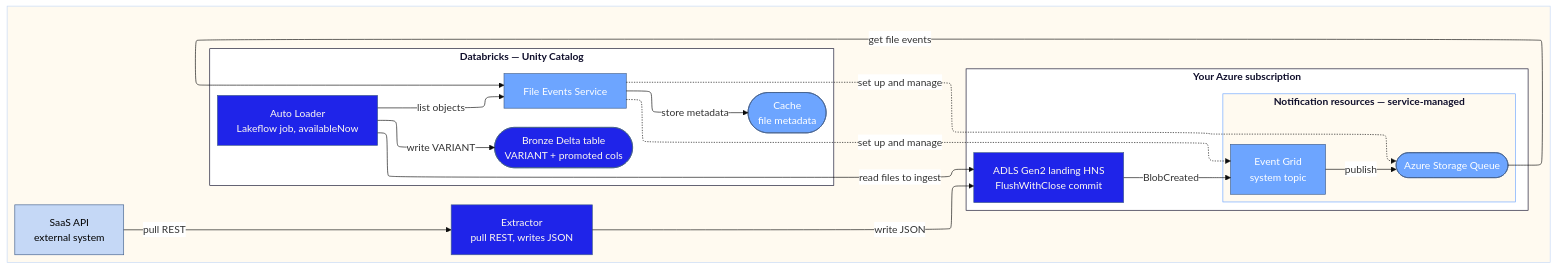
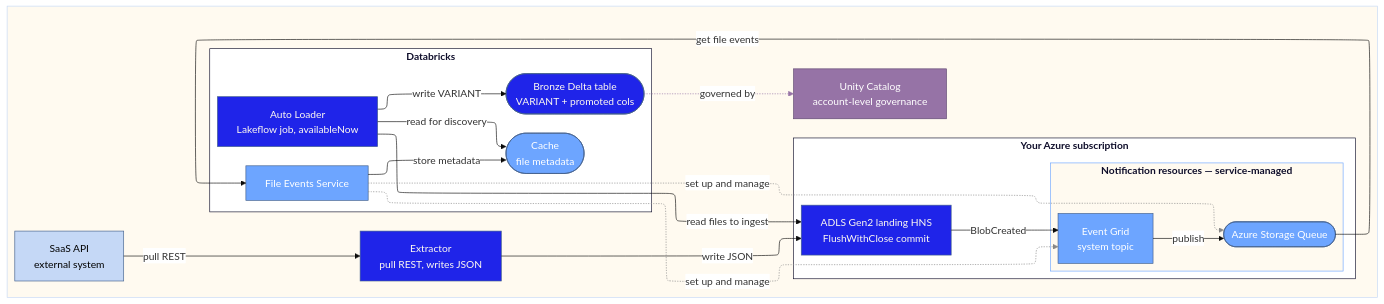
Before and after one commit to gino1902/chief-of-droids: the diagram in desktop-chat/outputs/2606-o2-architecture-design/2026-06-10-adls-bronze-ingestion-design-lock-in.md, drawn with Mermaid. The commit also changed other lines of this file, not shown here.

First line of the commit message:
docs(adls-bronze): repoint discovery to cache, add UC governance and component notes

````diff
--- a/desktop-chat/outputs/2606-o2-architecture-design/2026-06-10-adls-bronze-ingestion-design-lock-in.md
+++ b/desktop-chat/outputs/2606-o2-architecture-design/2026-06-10-adls-bronze-ingestion-design-lock-in.md
@@ -69,59 +70,68 @@
 ```mermaid
 %%{init: {"theme": "base", "themeVariables": {"edgeLabelBackground": "#FFFFFF"}, "flowchart": {"defaultRenderer": "elk"}}}%%
 
 flowchart LR
   classDef main              fill:#FFFAF0,color:#FFFAF0,stroke:#C5D8F6
   classDef primary           fill:#1F24E9,color:#FFFAF0,stroke:#425F8B
   classDef secondary         fill:#6DA5FF,color:#FFFFFF,stroke:#425F8B
   classDef tertiary          fill:#C5D8F6,color:#000000,stroke:#425F8B
+  classDef govern            fill:#9673A6,color:#FFFFFF,stroke:#5E4670
   classDef primary_cluster   fill:#FFFFFF,color:#0F0E2B,stroke:#0F0E2B
   classDef secondary_cluster fill:#FFFAF0,color:#0F0E2B,stroke:#6DA5FF
   classDef ytbc              fill:#D9E4F0,color:#3A3A4A,stroke:#425F8B,stroke-dasharray:5
   linkStyle default color:#0F0E2B
 
   subgraph Main
     SAAS[SaaS API
     external system]
     EXT[Extractor
     pull REST, writes JSON]
 
     subgraph Azure["`**Your Azure subscription**`"]
       subgraph NotifRes["`**Notification resources — service-managed**`"]
         EG[Event Grid
         system topic]
         Q([Azure Storage Queue])
       end
       ADLS[ADLS Gen2 landing HNS
       FlushWithClose commit]
     end
 
-    subgraph Databricks["`**Databricks — Unity Catalog**`"]
+    subgraph Databricks["`**Databricks**`"]
       FES[File Events Service]
       CACHE([Cache
       file metadata])
       AL[Auto Loader
       Lakeflow job, availableNow]
       BRONZE([Bronze Delta table
       VARIANT + promoted cols])
     end
+
+    UC[Unity Catalog
+    account-level governance]
   end
 
   SAAS -->|pull REST| EXT
   EXT -->|write JSON| ADLS
   ADLS -->|BlobCreated| EG
   EG -->|publish| Q
   Q -->|get file events| FES
   FES -->|store metadata| CACHE
-  AL -->|list objects| FES
+  AL -->|read for discovery| CACHE
   AL -->|read files to ingest| ADLS
   AL -->|write VARIANT| BRONZE
   FES -.->|set up and manage| EG
   FES -.->|set up and manage| Q
+  BRONZE -.->|governed by| UC
 
   class EXT,ADLS,AL,BRONZE primary
   class EG,Q,FES,CACHE secondary
   class SAAS tertiary
+  class UC govern
   class NotifRes secondary_cluster
   class Azure,Databricks primary_cluster
   class Main main
+
+  linkStyle 9,10 stroke:#888888,color:#888888
+  linkStyle 11 stroke:#9673A6,color:#9673A6
 ```
````
